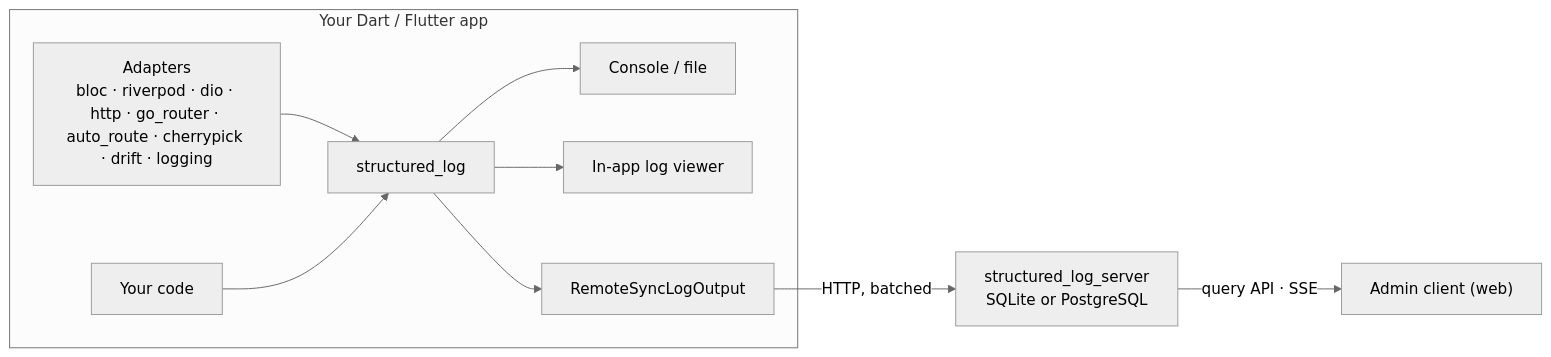
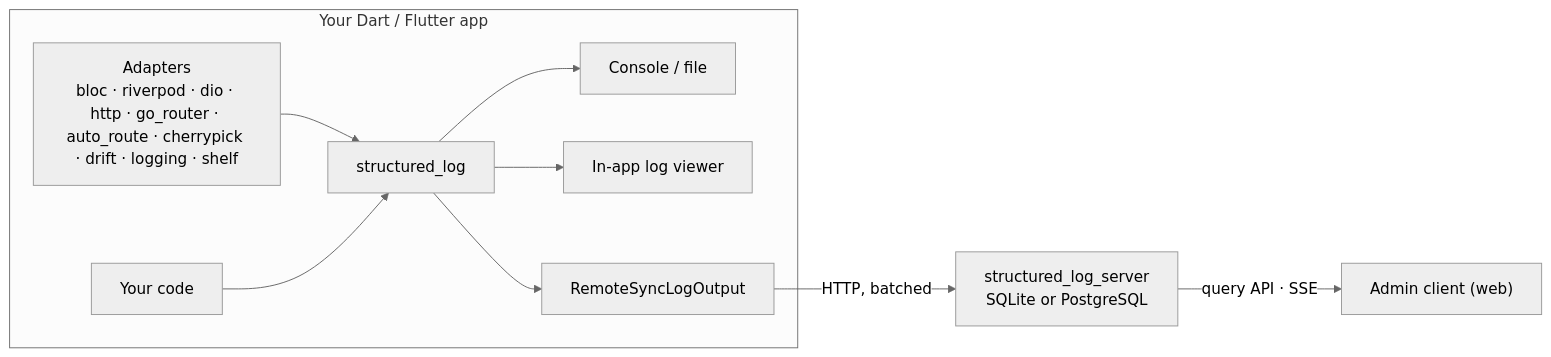
One commit to pese-git/structured_log changed the diagram in README.md. Above: the diagram before and after it, drawn with Mermaid (neutral theme). The commit also changed other lines of this file and 3 other files, not shown here.

Commit message:
docs: list structured_log_shelf in the root READMEs and AGENTS.md

````diff
--- a/README.md
+++ b/README.md
@@ -104,12 +106,12 @@
 ```mermaid
 flowchart LR
   subgraph app["Your Dart / Flutter app"]
-    A["Adapters<br/>bloc · riverpod · dio · http · go_router · auto_route · cherrypick · drift · logging"] --> C["structured_log"]
+    A["Adapters<br/>bloc · riverpod · dio · http · go_router · auto_route · cherrypick · drift · logging · shelf"] --> C["structured_log"]
     Y["Your code"] --> C
     C --> O["Console / file"]
     C --> V["In-app log viewer"]
     C --> R["RemoteSyncLogOutput"]
   end
   R -- "HTTP, batched" --> S["structured_log_server<br/>SQLite or PostgreSQL"]
   S -- "query API · SSE" --> W["Admin client (web)"]
 ```
````
